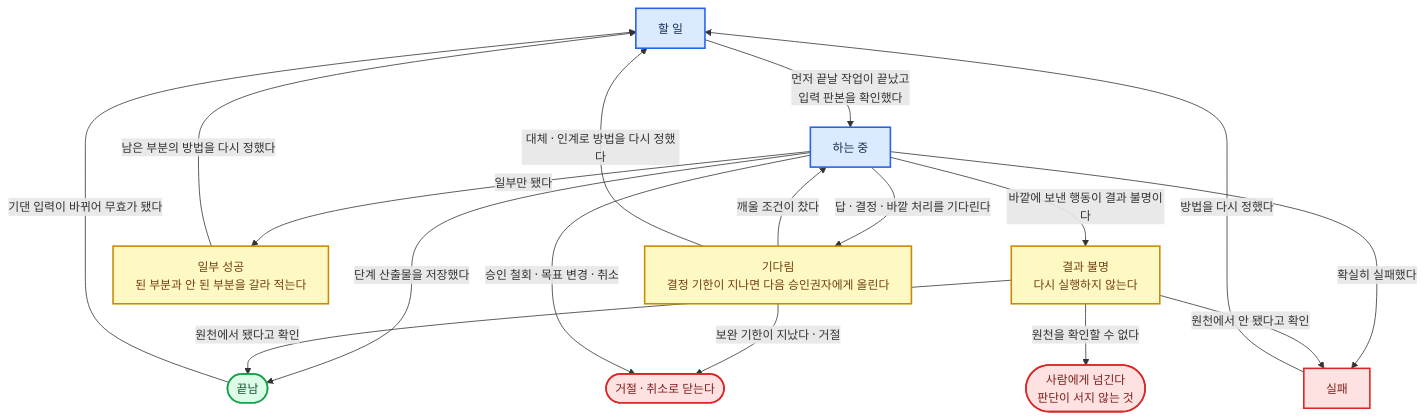
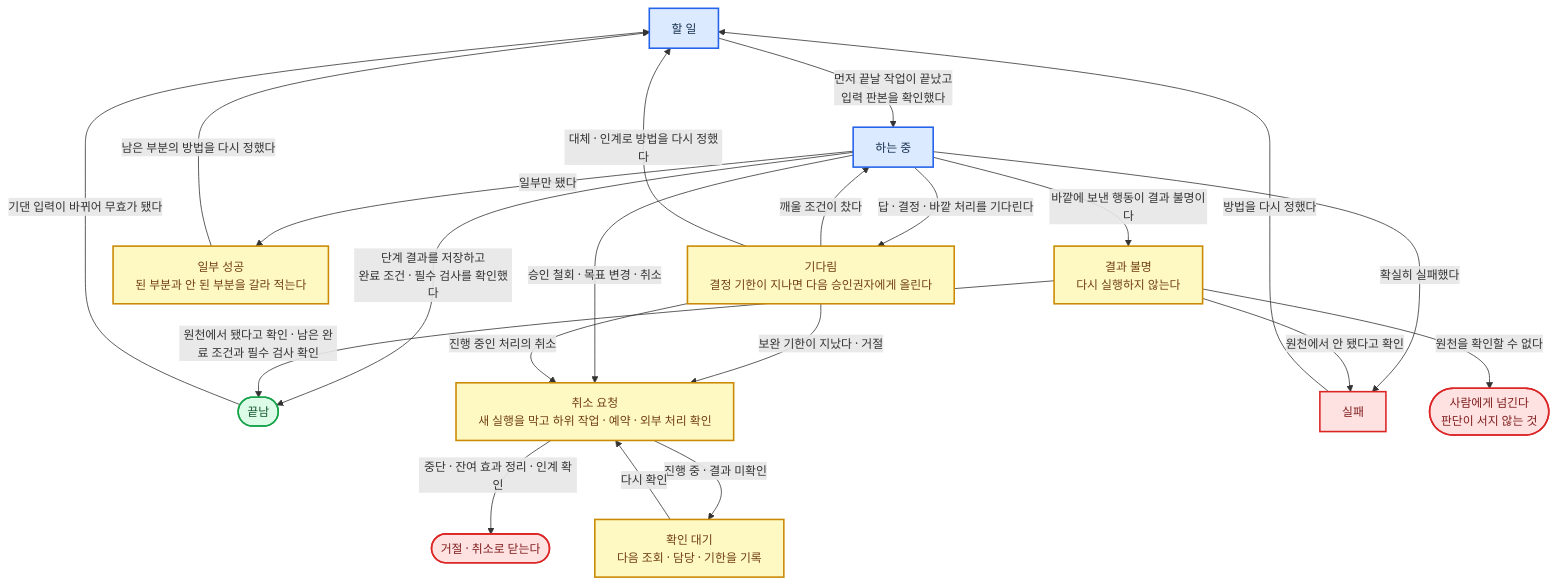
One commit to harisbaguette/expert changed the eighth of 26 diagrams in 전문가 에이전트 정의 2.md. Above: the diagram before and after it, drawn with Mermaid. The commit also changed other lines of this file and 17 other files, not shown here.

````diff
--- a/전문가 에이전트 정의 2.md
+++ b/전문가 에이전트 정의 2.md
@@ -1414,22 +1382,26 @@
 ```mermaid
 %%{init: {"flowchart": {"wrappingWidth": 640, "curve": "basis", "nodeSpacing": 45, "rankSpacing": 55, "padding": 14, "useMaxWidth": true}, "themeVariables": {"fontSize": "15px"}} }%%
 flowchart TB
     classDef main fill:#dbeafe,stroke:#2563eb,stroke-width:2px,color:#17314f
     classDef stop fill:#fee2e2,stroke:#dc2626,stroke-width:2px,color:#7f1d1d
     classDef good fill:#dcfce7,stroke:#16a34a,stroke-width:2px,color:#14532d
     classDef note fill:#fef9c3,stroke:#ca8a04,stroke-width:2px,color:#713f12
-    TODO["할 일"]:::main -- "먼저 끝날 작업이 끝났고<br/>입력 판본을 확인했다" --> DOING["하는 중"]:::main -- "단계 산출물을 저장했다" --> DONE(["끝남"]):::good
+    TODO["할 일"]:::main -- "먼저 끝날 작업이 끝났고<br/>입력 판본을 확인했다" --> DOING["하는 중"]:::main -- "단계 결과를 저장하고<br/>완료 조건 · 필수 검사를 확인했다" --> DONE(["끝남"]):::good
     DOING -- "답 · 결정 · 바깥 처리를 기다린다" --> WAIT["기다림<br/>결정 기한이 지나면 다음 승인권자에게 올린다"]:::note
     WAIT -- "깨울 조건이 찼다" --> DOING
-    WAIT -- "보완 기한이 지났다 · 거절" --> CLOSE(["거절 · 취소로 닫는다"]):::stop
+    WAIT -- "보완 기한이 지났다 · 거절" --> CANCEL
     WAIT -- "대체 · 인계로 방법을 다시 정했다" --> TODO
-    DOING -- "승인 철회 · 목표 변경 · 취소" --> CLOSE
+    DOING -- "승인 철회 · 목표 변경 · 취소" --> CANCEL["취소 요청<br/>새 실행을 막고 하위 작업 · 예약 · 외부 처리 확인"]:::note
+    WAIT -- "진행 중인 처리의 취소" --> CANCEL
+    CANCEL -- "중단 · 잔여 효과 정리 · 인계 확인" --> CLOSE(["거절 · 취소로 닫는다"]):::stop
+    CANCEL -- "진행 중 · 결과 미확인" --> CHECK["확인 대기<br/>다음 조회 · 담당 · 기한을 기록"]:::note
+    CHECK -- "다시 확인" --> CANCEL
     DOING -- "일부만 됐다" --> PART["일부 성공<br/>된 부분과 안 된 부분을 갈라 적는다"]:::note
     DOING -- "바깥에 보낸 행동이 결과 불명이다" --> UNK["결과 불명<br/>다시 실행하지 않는다"]:::note
-    UNK -- "원천에서 됐다고 확인" --> DONE
+    UNK -- "원천에서 됐다고 확인 · 남은 완료 조건과 필수 검사 확인" --> DONE
     DOING -- "확실히 실패했다" --> FAIL["실패"]:::stop
     UNK -- "원천을 확인할 수 없다" --> HUMAN(["사람에게 넘긴다<br/>판단이 서지 않는 것"]):::stop
     PART -- "남은 부분의 방법을 다시 정했다" --> TODO
     UNK -- "원천에서 안 됐다고 확인" --> FAIL -- "방법을 다시 정했다" --> TODO
     DONE -- "기댄 입력이 바뀌어 무효가 됐다" --> TODO
 ```
````
